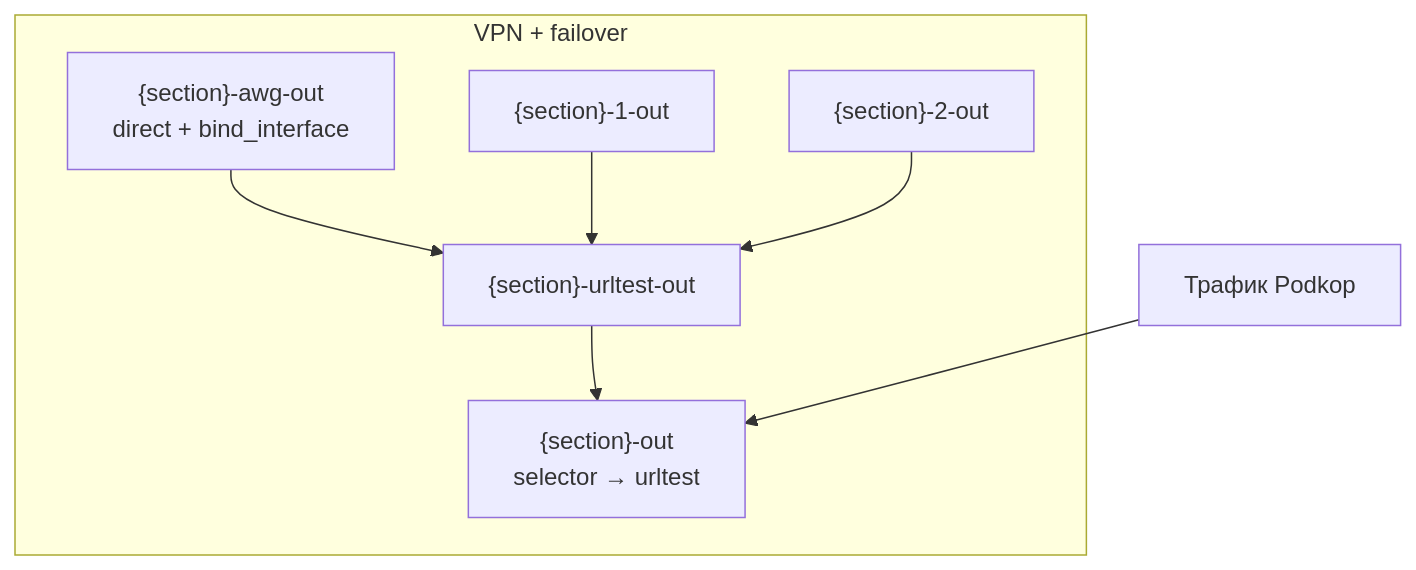
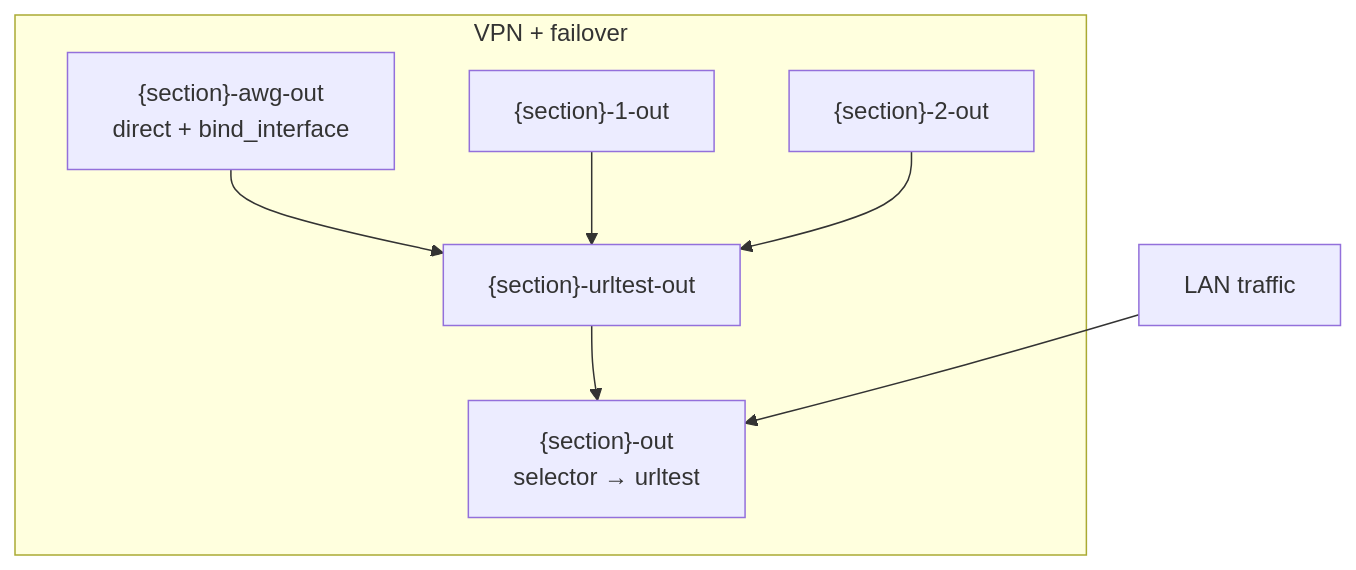
Before and after one commit to timofey-maykov/openwrt-hybrid-failover: the first of 2 diagrams in docs/OVERVIEW.md, drawn with Mermaid. The commit also changed other lines of this file and 164 other files, not shown here.

````diff
--- a/docs/OVERVIEW.md
+++ b/docs/OVERVIEW.md
@@ -31,15 +29,15 @@
 ```mermaid
 flowchart TB
   subgraph vpn_failover [VPN + failover]
     AWG["{section}-awg-out<br/>direct + bind_interface"]
     P1["{section}-1-out"]
     P2["{section}-2-out"]
     UT["{section}-urltest-out"]
     SEL["{section}-out<br/>selector → urltest"]
     AWG --> UT
     P1 --> UT
     P2 --> UT
     UT --> SEL
   end
-  Client[Трафик Podkop] --> SEL
+  Client[LAN traffic] --> SEL
 ```
````
